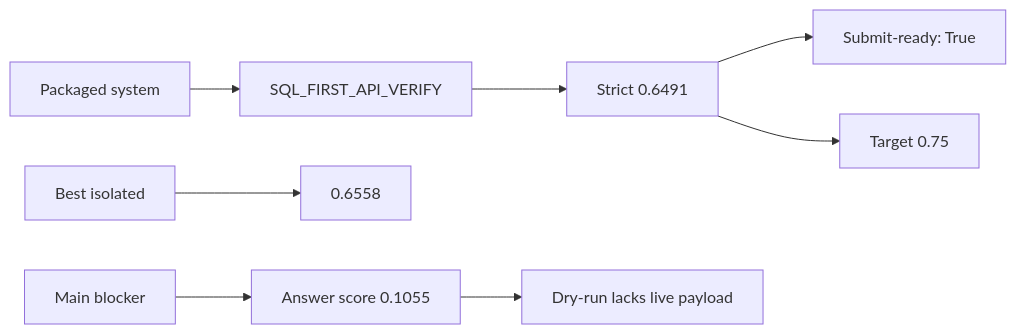
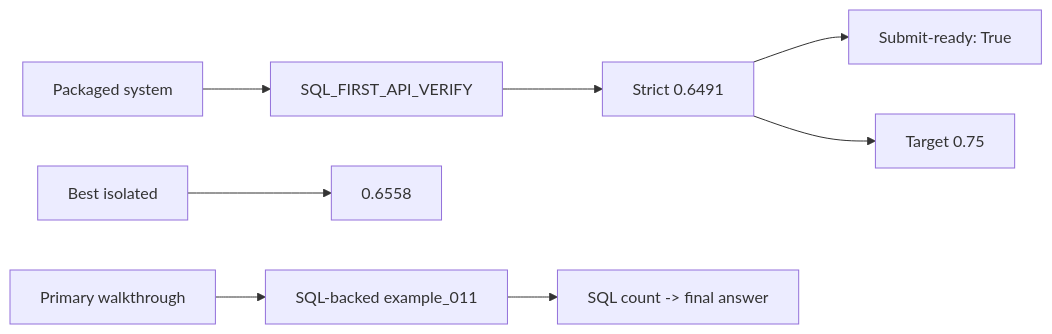
The first of 3 diagrams in outputs/visualizations/executive_dashboard.md (dashsys-workshop-vldb/dashsys-workshop-vldb.github.io), drawn with Mermaid before and after one commit. The commit also changed other lines of this file and 23 other files, not shown here.

````diff
--- a/outputs/visualizations/executive_dashboard.md
+++ b/outputs/visualizations/executive_dashboard.md
@@ -19,10 +19,10 @@
 ```mermaid
 flowchart LR
   A["Packaged system"] --> B["SQL_FIRST_API_VERIFY"]
   B --> C["Strict 0.6491"]
   C --> D["Submit-ready: True"]
   C --> E["Target 0.75"]
   F["Best isolated"] --> G["0.6558"]
-  H["Main blocker"] --> I["Answer score 0.1055"]
-  I --> J["Dry-run lacks live payload"]
+  H["Primary walkthrough"] --> I["SQL-backed example_011"]
+  I --> J["SQL count -> final answer"]
 ```
````
